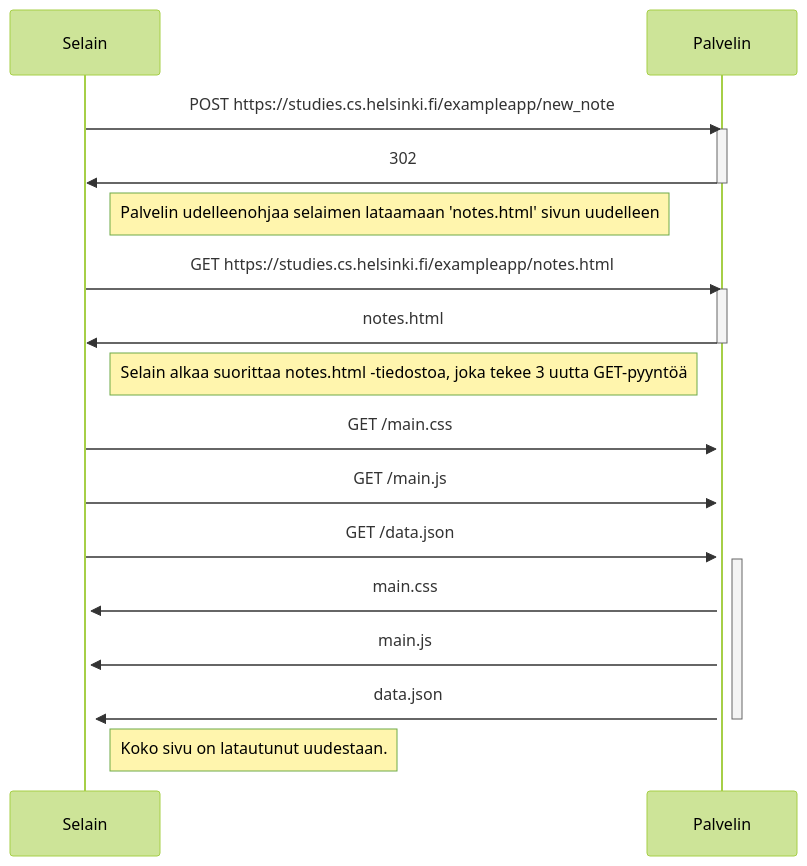
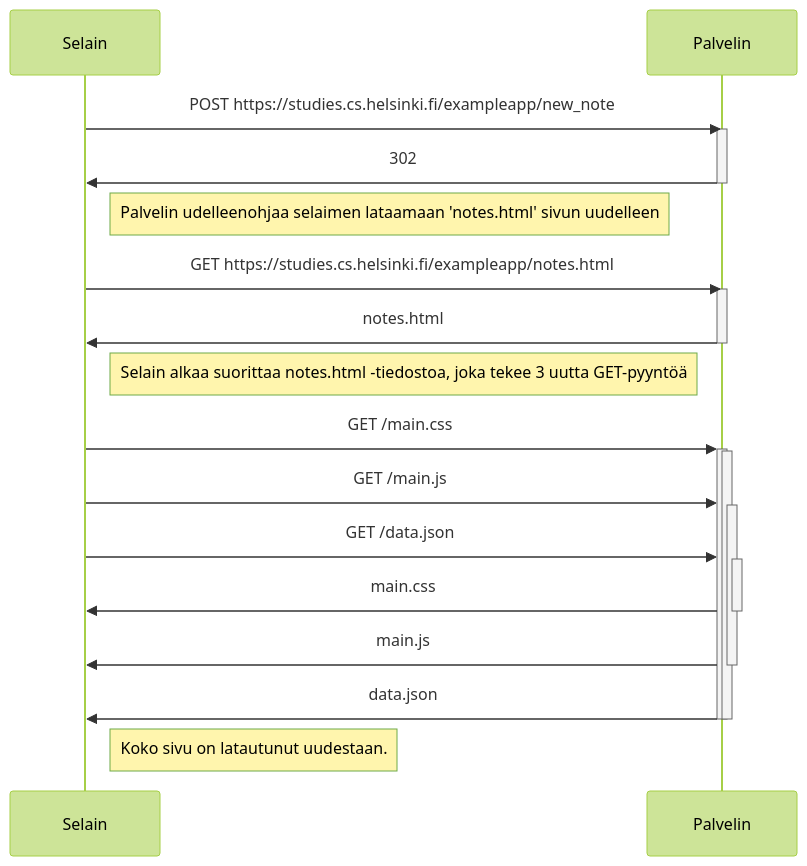
The diagram in 0.4.md (PasiParviainen/Fullstackosa0), drawn with Mermaid (forest theme) before and after one commit.

````diff
--- a/0.4.md
+++ b/0.4.md
@@ -1,30 +1,30 @@
 ```mermaid
 sequenceDiagram
   participant Selain
   participant Palvelin
 
   Selain->>Palvelin: POST https://studies.cs.helsinki.fi/exampleapp/new_note
   activate Palvelin
   Palvelin->>Selain: 302
   deactivate Palvelin
 
   Note right of Selain: Palvelin udelleenohjaa selaimen lataamaan 'notes.html' sivun uudelleen
 
   Selain->>Palvelin: GET https://studies.cs.helsinki.fi/exampleapp/notes.html
   activate Palvelin
   Palvelin->>Selain: notes.html
   deactivate Palvelin
 
   Note right of Selain: Selain alkaa suorittaa notes.html -tiedostoa, joka tekee 3 uutta GET-pyyntöä
 
   Selain->>+Palvelin: GET /main.css
   activate Palvelin
   Selain->>+Palvelin: GET /main.js
   Selain->>+Palvelin: GET /data.json
-  Palvelin->>+Selain: main.css
-  Palvelin->>+Selain: main.js
-  Palvelin->>+Selain: data.json
+  Palvelin->>-Selain: main.css
+  Palvelin->>-Selain: main.js
+  Palvelin->>-Selain: data.json
   deactivate Palvelin
 
   Note right of Selain: Koko sivu on latautunut uudestaan.
 ```
````
